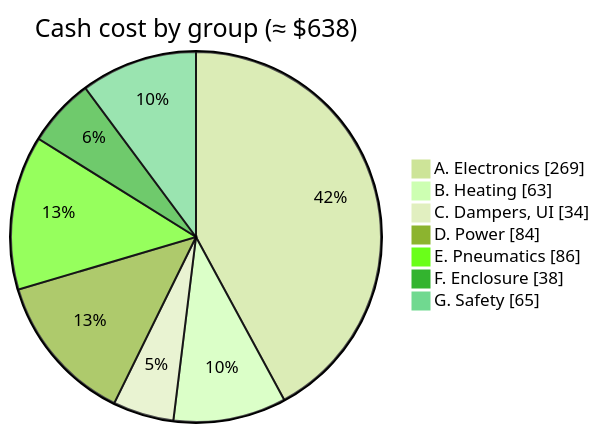
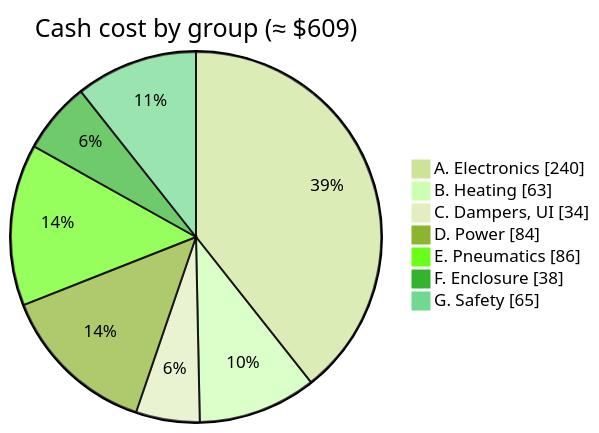
The diagram in docs/03_bill_of_materials.md (BashfulBits/3dp-fleet-exhaust), drawn with Mermaid (forest theme) before and after one commit. The commit also changed other lines of this file and 9 other files, not shown here.

````diff
--- a/docs/03_bill_of_materials.md
+++ b/docs/03_bill_of_materials.md
@@ -28,11 +28,11 @@
 ```mermaid
 pie showData
-  title Cash cost by group (≈ $638)
-  "A. Electronics" : 269
+  title Cash cost by group (≈ $609)
+  "A. Electronics" : 240
   "B. Heating" : 63
   "C. Dampers, UI" : 34
   "D. Power" : 84
   "E. Pneumatics" : 86
   "F. Enclosure" : 38
   "G. Safety" : 65
 ```
````
